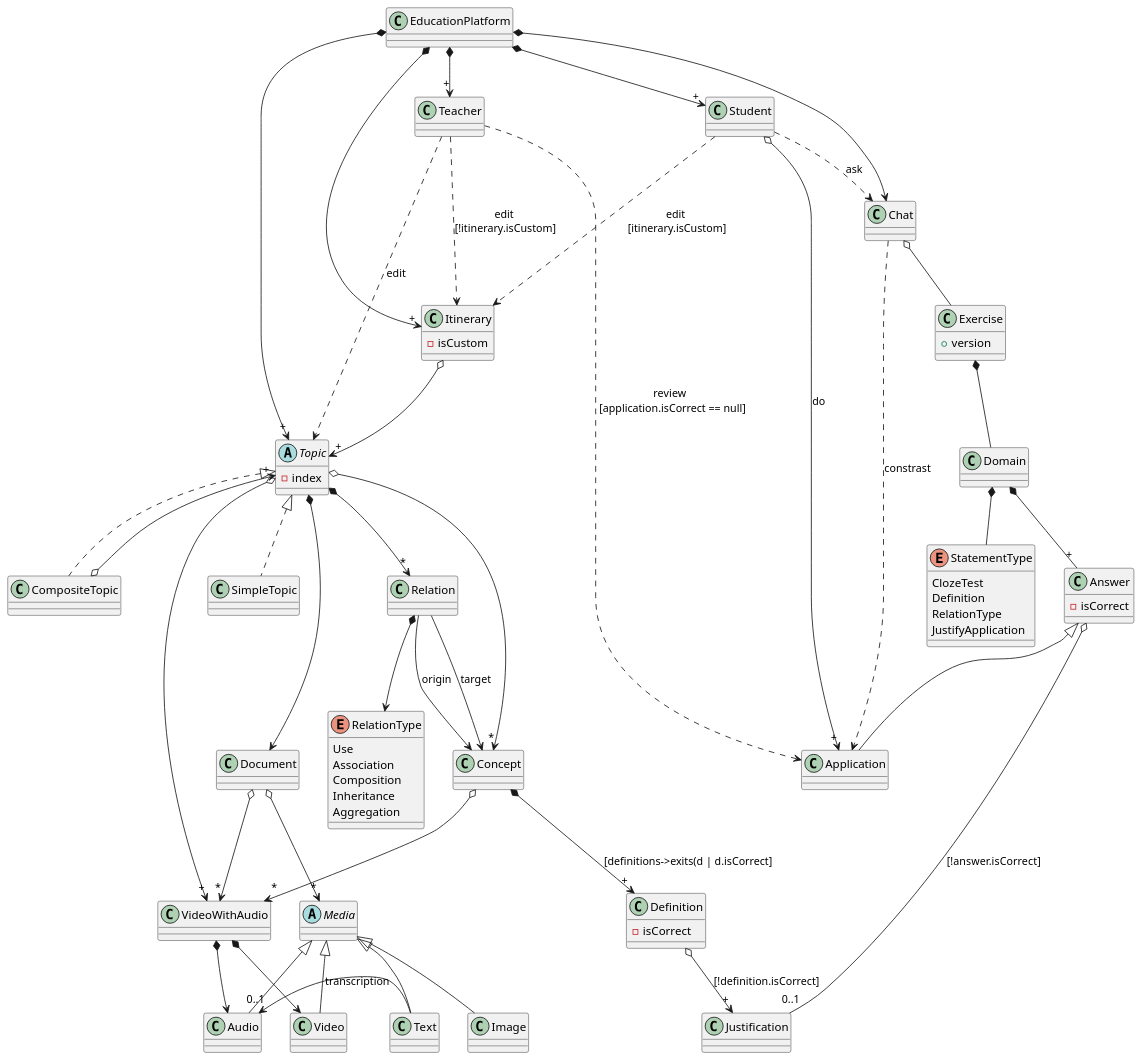
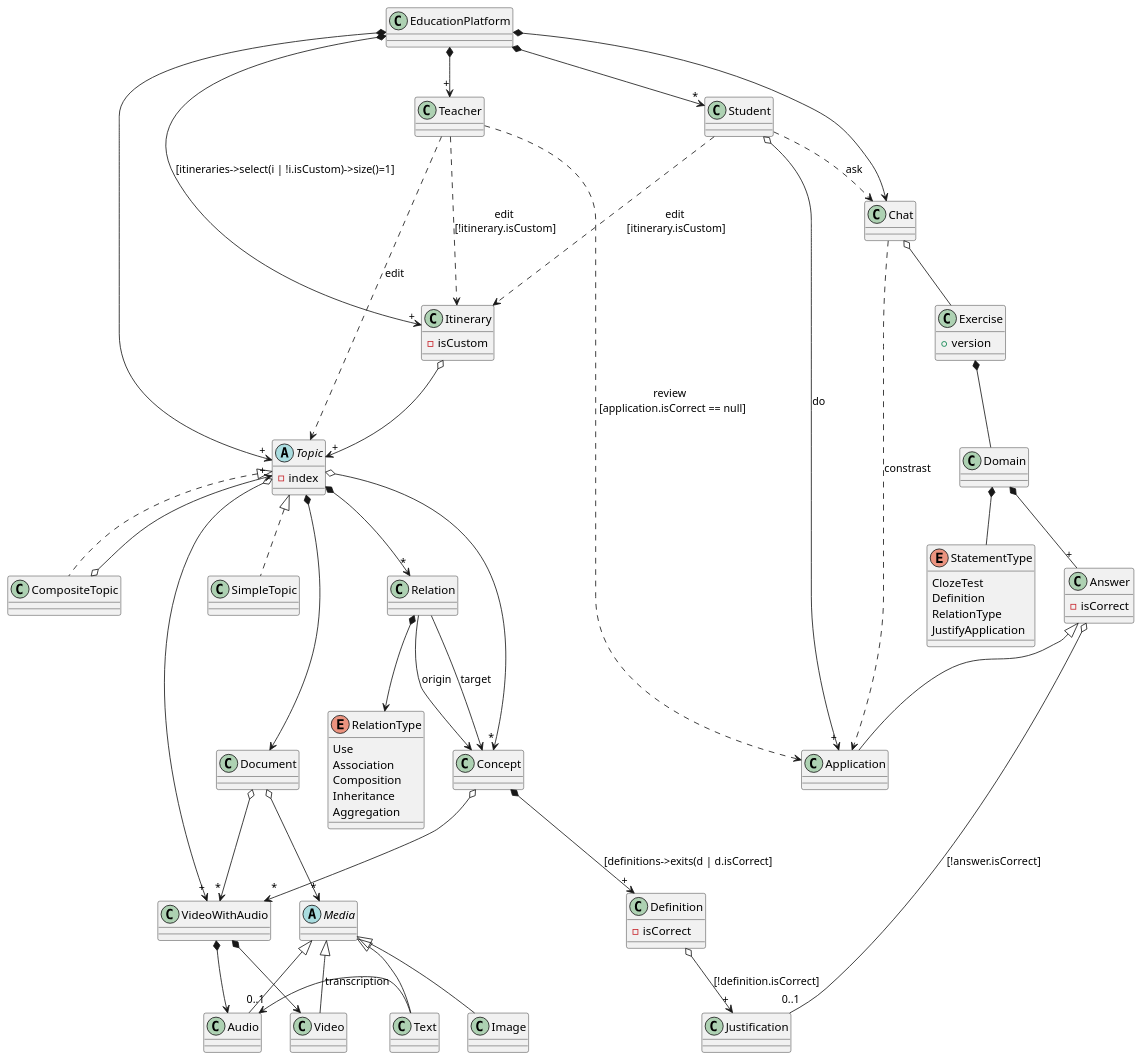
One commit to jumpering/lab-turing changed the diagram in Diagrams/EducationPlatform/DomainJuanpisPerspective.puml. Above: the diagram before and after it, drawn with PlantUML.

```diff
--- a/Diagrams/EducationPlatform/DomainJuanpisPerspective.puml
+++ b/Diagrams/EducationPlatform/DomainJuanpisPerspective.puml
@@ -1,93 +1,93 @@
 @startuml
 
 class Itinerary {
     - isCustom
 }
 
 EducationPlatform *--> "+" Teacher
-EducationPlatform *--> "+" Student
+EducationPlatform *--> "*" Student
 EducationPlatform *--> "+" Topic
-EducationPlatform *--> "+" Itinerary
+EducationPlatform *--> "+" Itinerary: [itineraries->select(i | !i.isCustom)->size()=1]
 EducationPlatform *--> Chat
 
 Itinerary o--> "+" Topic
 
 class Exercise{
     + version
 }
 Exercise *-- Domain
 
 Domain *-- "+" Answer
 Domain *-- StatementType
 
 enum StatementType{
     ClozeTest
     Definition
     RelationType
     JustifyApplication
 }
 
 class Answer{
     - isCorrect
 }
 Answer o-- "0..1" Justification: [!answer.isCorrect]
 Answer <|-- Application
 
 Teacher ..> Application: review \n [application.isCorrect == null]
 Teacher ..> Topic: edit
 Teacher ...> Itinerary: edit \n[!itinerary.isCustom]
 
 Chat o-- Exercise
 Chat ..> Application: constrast
 
 Student ...> Itinerary: edit \n[itinerary.isCustom]
 Student o--> "+" Application: do
 Student ..> Chat: ask
 
 abstract Topic{
     - index
 }
 Topic <|.. CompositeTopic
 Topic <|.. SimpleTopic
 Topic o--> "*" Concept
 Topic *--> Document
 Topic *--> "*" Relation
 Topic o--> "+" VideoWithAudio
 
 CompositeTopic o--> "+" Topic
 
 Concept *--> "+" Definition: [definitions->exits(d | d.isCorrect]
 Concept o--> "*" VideoWithAudio
 
 Relation --> Concept: origin
 Relation --> Concept: target
 Relation *--> RelationType
 
 enum RelationType {
     Use
     Association
     Composition
     Inheritance
     Aggregation
 } 
 
 class Definition {
     - isCorrect
 }
 Definition o-->"+" Justification: [!definition.isCorrect]
 
 Document o--> "*" VideoWithAudio
 Document o--> "*" Media
 
 VideoWithAudio *--> Audio
 VideoWithAudio *--> Video
 
 abstract Media {}
 Media <|-- Image
 Media <|-- Text
 Media <|-- Audio 
 Media <|-- Video
 
 Text -left-> "0..1" Audio: transcription
 
 @enduml
```
